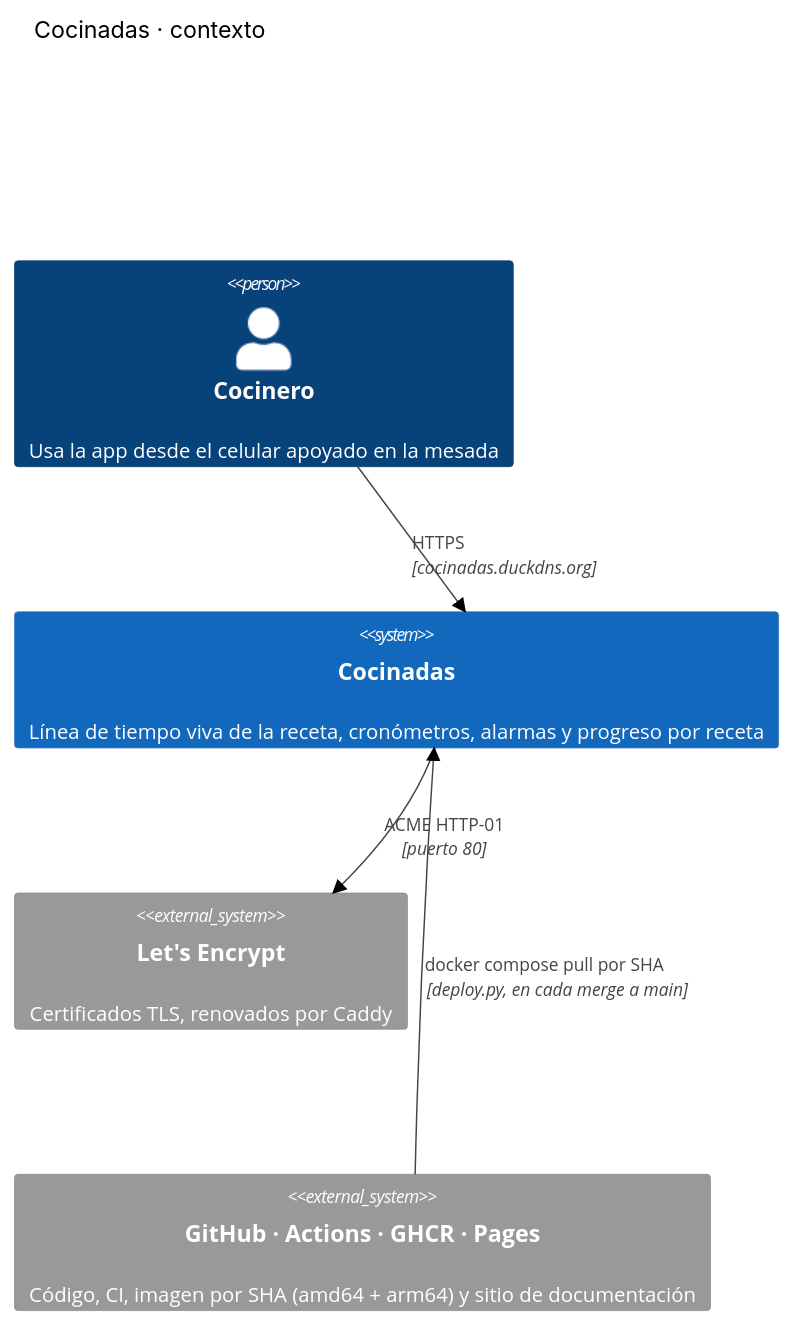
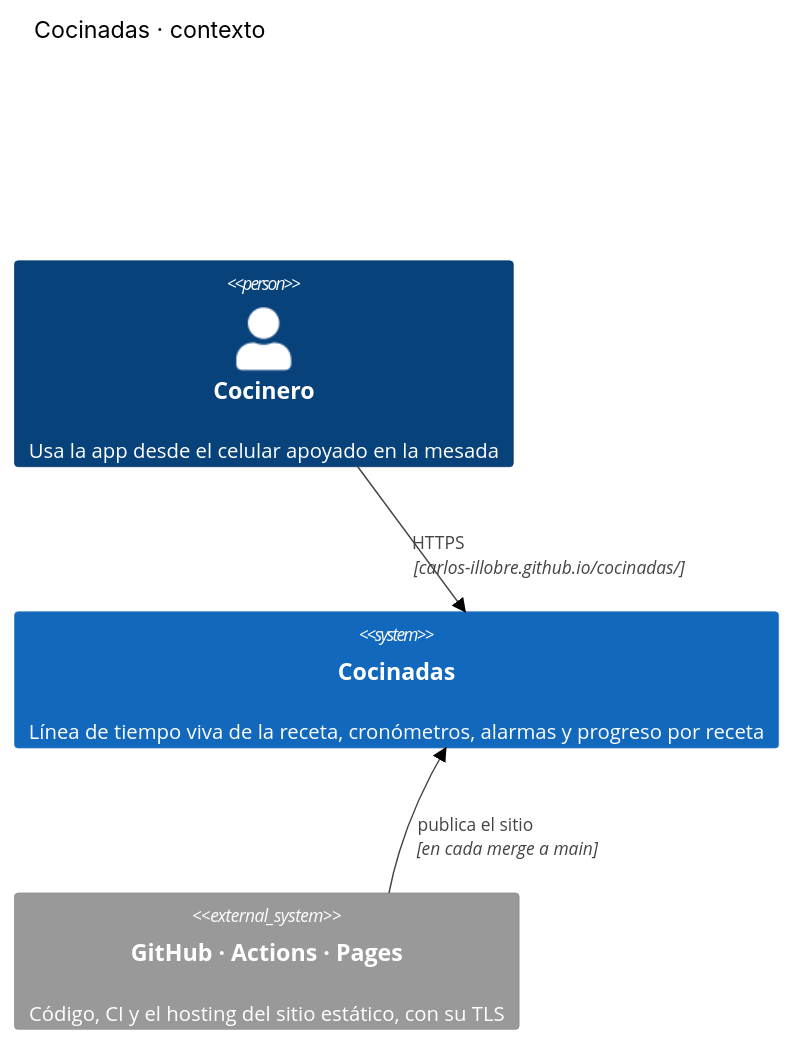
Before and after one commit to carlos-illobre/cocinadas: the diagram in docs/diagrams/c4-contexto.mmd, drawn with Mermaid (forest theme). The commit also changed 22 other files, not shown here.

```diff
--- a/docs/diagrams/c4-contexto.mmd
+++ b/docs/diagrams/c4-contexto.mmd
@@ -1,9 +1,7 @@
 C4Context
   title Cocinadas · contexto
   Person(cocinero, "Cocinero", "Usa la app desde el celular apoyado en la mesada")
   System(cocinadas, "Cocinadas", "Línea de tiempo viva de la receta, cronómetros, alarmas y progreso por receta")
-  System_Ext(letsencrypt, "Let's Encrypt", "Certificados TLS, renovados por Caddy")
-  System_Ext(github, "GitHub · Actions · GHCR · Pages", "Código, CI, imagen por SHA (amd64 + arm64) y sitio de documentación")
-  Rel(cocinero, cocinadas, "HTTPS", "cocinadas.duckdns.org")
-  Rel(cocinadas, letsencrypt, "ACME HTTP-01", "puerto 80")
-  Rel(github, cocinadas, "docker compose pull por SHA", "deploy.py, en cada merge a main")
+  System_Ext(github, "GitHub · Actions · Pages", "Código, CI y el hosting del sitio estático, con su TLS")
+  Rel(cocinero, cocinadas, "HTTPS", "carlos-illobre.github.io/cocinadas/")
+  Rel(github, cocinadas, "publica el sitio", "en cada merge a main")
```
